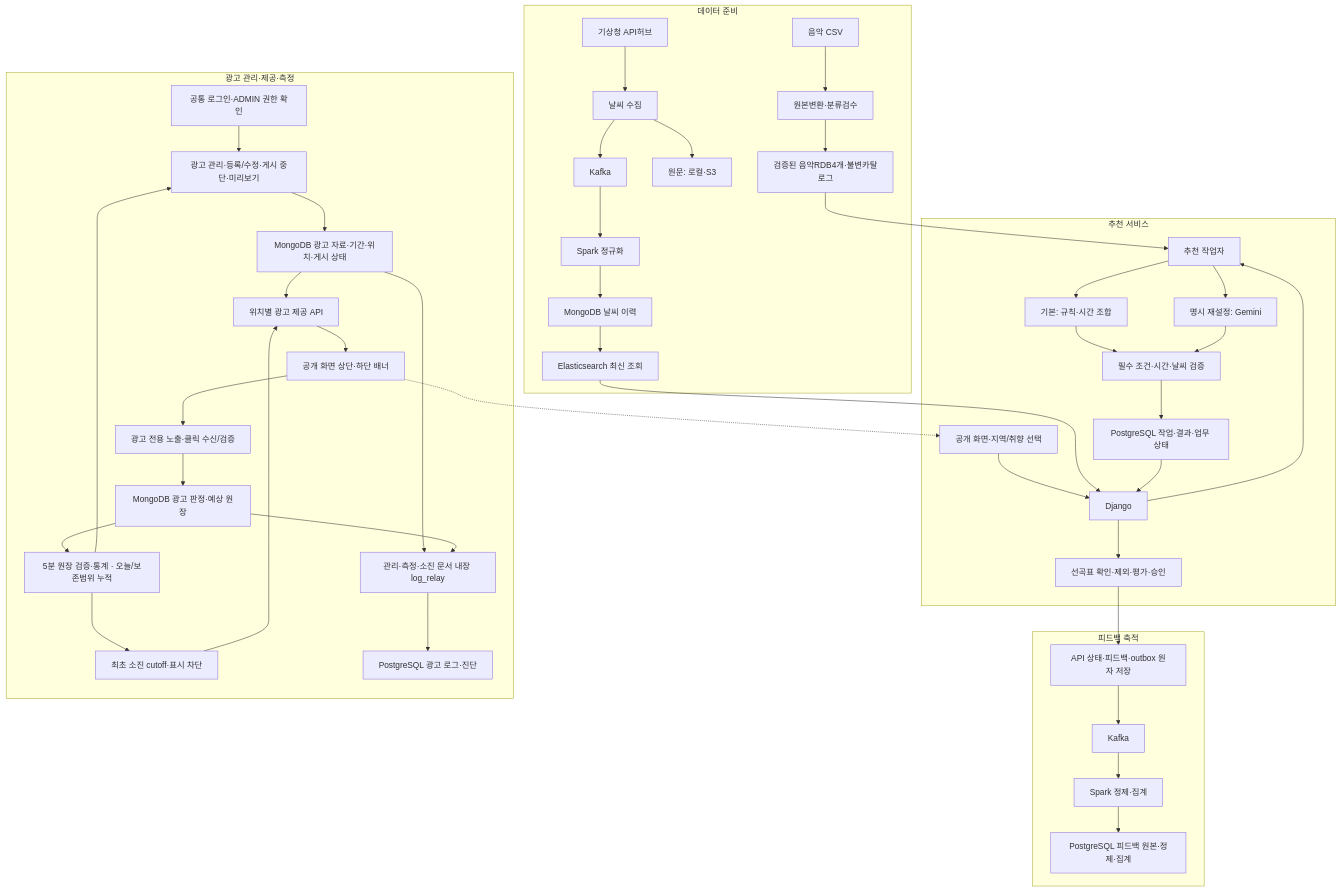
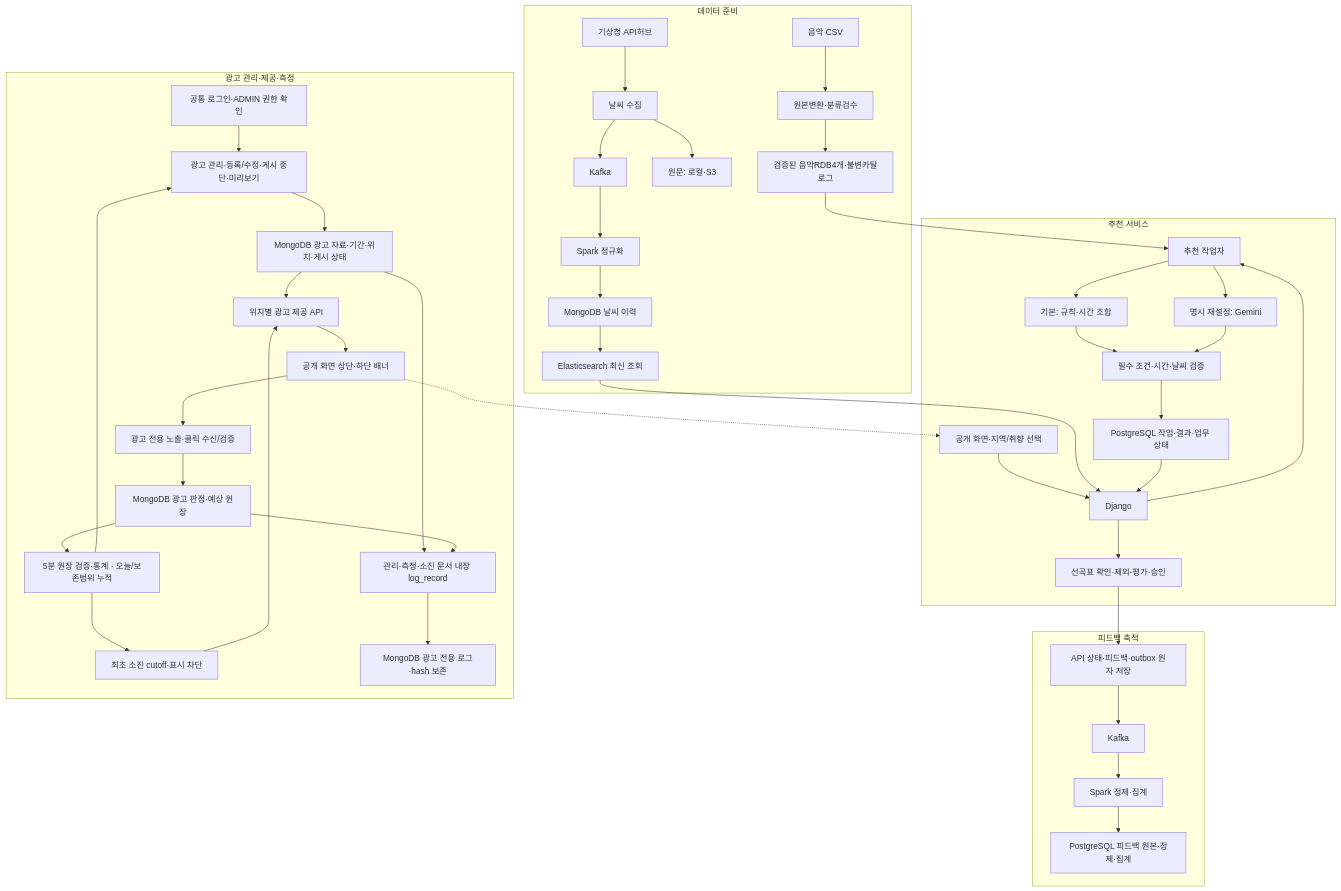
Before and after one commit to encore-ai-campus/mlo-01-p3-team1: the diagram in README.md, drawn with Mermaid. The commit also changed other lines of this file and 125 other files, not shown here.

````diff
--- a/README.md
+++ b/README.md
@@ -69,48 +85,48 @@
 ```mermaid
 flowchart TB
     subgraph DATA[데이터 준비]
         CSV[음악 CSV] --> REVIEW[원본변환·분류검수]
         REVIEW --> MUSIC[검증된 음악RDB4개·불변카탈로그]
         KMA[기상청 API허브] --> COLLECT[날씨 수집]
         COLLECT --> RAW[원문: 로컬·S3]
         COLLECT --> WK[Kafka]
         WK --> WS[Spark 정규화]
         WS --> MONGO[MongoDB 날씨 이력]
         MONGO --> ES[Elasticsearch 최신 조회]
     end
     subgraph SERVICE[추천 서비스]
         WEB[공개 화면·지역/취향 선택] --> API[Django]
         ES --> API
         API --> WORKER[추천 작업자]
         MUSIC --> WORKER
         WORKER --> RULE[기본: 규칙·시간 조합]
         WORKER --> GEMINI[명시 재설정: Gemini]
         RULE --> CHECK[필수 조건·시간·날씨 검증]
         GEMINI --> CHECK
         CHECK --> DB[PostgreSQL 작업·결과·업무 상태]
         DB --> API
         API --> RESULT[선곡표 확인·제외·평가·승인]
     end
     subgraph FEEDBACK[피드백 축적]
         RESULT --> SAVE[API 상태·피드백·outbox 원자 저장]
         SAVE --> FK[Kafka]
         FK --> FS[Spark 정제·집계]
         FS --> LOGDB[PostgreSQL 피드백 원본·정제·집계]
     end
     subgraph ADS[광고 관리·제공·측정]
         LOGIN[공통 로그인·ADMIN 권한 확인] --> ADADMIN[광고 관리·등록/수정·게시 중단·미리보기]
         ADADMIN --> ADSTORE[MongoDB 광고 자료·기간·위치·게시 상태]
         ADSTORE --> DELIVERY[위치별 광고 제공 API]
         DELIVERY --> BANNERS[공개 화면 상단·하단 배너]
         BANNERS --> ADEVENT[광고 전용 노출·클릭 수신/검증]
         ADEVENT --> ADMETRICS[MongoDB 광고 판정·예상 원장]
         ADMETRICS --> ADSTATS[5분 원장 검증·통계 · 오늘/보존범위 누적]
         ADSTATS --> ADBUDGET[최초 소진 cutoff·표시 차단]
         ADBUDGET --> DELIVERY
         ADSTATS --> ADADMIN
-        ADSTORE --> ADOUTBOX[관리·측정·소진 문서 내장 log_relay]
+        ADSTORE --> ADOUTBOX[관리·측정·소진 문서 내장 log_record]
         ADMETRICS --> ADOUTBOX
-        ADOUTBOX --> ADLOG[PostgreSQL 광고 로그·진단]
+        ADOUTBOX --> ADLOG[MongoDB 광고 전용 로그·hash 보존]
     end
     BANNERS -.-> WEB
 ```
````
